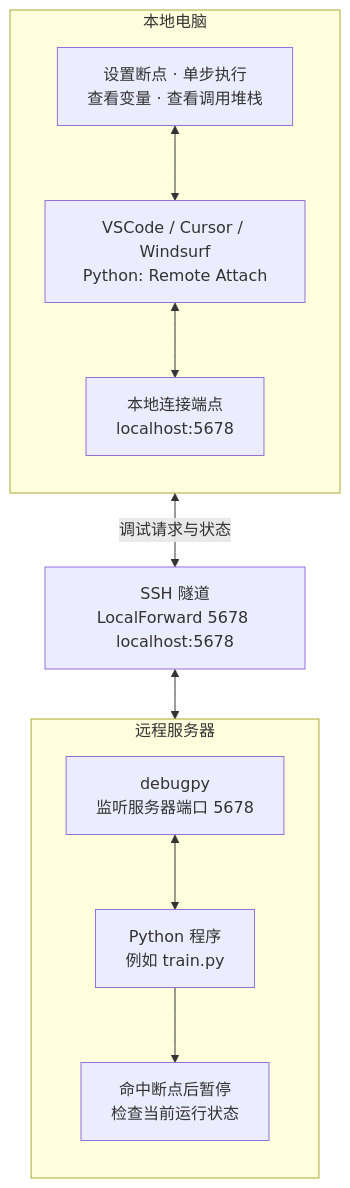
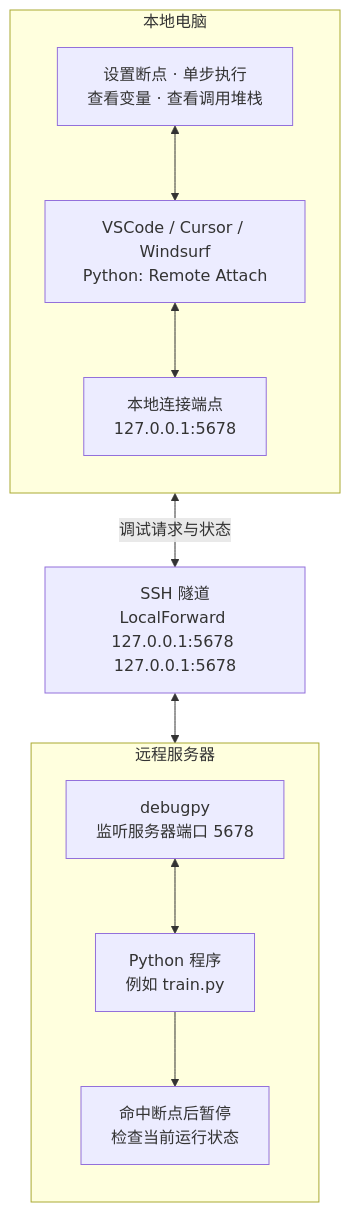
One commit to Jackie-Daddy/Lab-Tutorial changed the diagram in diagrams/zh/debugpy-architecture.mmd. Above: the diagram before and after it, drawn with Mermaid. The commit also changed 77 other files, not shown here.

```diff
--- a/diagrams/zh/debugpy-architecture.mmd
+++ b/diagrams/zh/debugpy-architecture.mmd
@@ -1,22 +1,22 @@
 flowchart TB
   accTitle: 通过 SSH 隧道进行远程 Python 调试
-  accDescr: 本地编辑器连接 localhost:5678，经 SSH 隧道转发到服务器上监听 5678 的 debugpy。Python 程序遇到断点暂停后，编辑器可以查看变量和调用堆栈，并控制单步执行。
+  accDescr: 本地编辑器连接 127.0.0.1:5678，经 SSH 隧道转发到服务器上监听 5678 的 debugpy。Python 程序遇到断点暂停后，编辑器可以查看变量和调用堆栈，并控制单步执行。
   subgraph local["本地电脑"]
     direction TB
     editor["VSCode / Cursor / Windsurf<br/>Python: Remote Attach"]
     controls["设置断点 · 单步执行<br/>查看变量 · 查看调用堆栈"]
-    endpoint["本地连接端点<br/>localhost:5678"]
+    endpoint["本地连接端点<br/>127.0.0.1:5678"]
     controls <--> editor
     editor <--> endpoint
   end
-  tunnel["SSH 隧道<br/>LocalForward 5678 localhost:5678"]
+  tunnel["SSH 隧道<br/>LocalForward 127.0.0.1:5678 127.0.0.1:5678"]
   subgraph remote["远程服务器"]
     direction TB
     debugpy["debugpy<br/>监听服务器端口 5678"]
     program["Python 程序<br/>例如 train.py"]
     paused["命中断点后暂停<br/>检查当前运行状态"]
     debugpy <--> program
     program --> paused
   end
   local <-->|"调试请求与状态"| tunnel
   tunnel <--> remote
```
